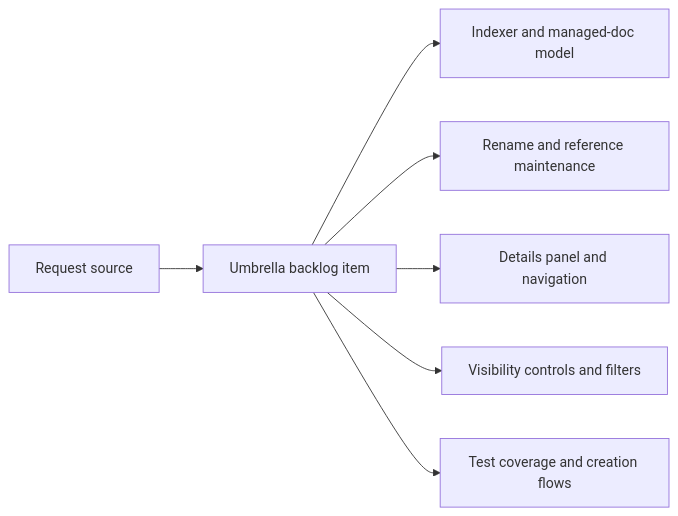
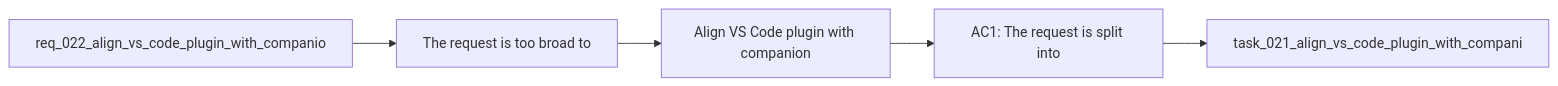
Before and after one commit to AlexAgo83/logics-manager: the diagram in logics/backlog/item_022_align_vs_code_plugin_with_companion_docs_workflow.md, drawn with Mermaid. The commit also changed other lines of this file and 481 other files, not shown here.

````diff
--- a/logics/backlog/item_022_align_vs_code_plugin_with_companion_docs_workflow.md
+++ b/logics/backlog/item_022_align_vs_code_plugin_with_companion_docs_workflow.md
@@ -27,10 +27,9 @@
 ```mermaid
+%% logics-kind: backlog
 %% logics-signature: backlog|align-vs-code-plugin-with-companion-docs|req-022-align-vs-code-plugin-with-compan|the-request-is-too-broad-to|ac1-the-request-is-split-into
 flowchart LR
-    Req[Request source] --> Umbrella[Umbrella backlog item]
-    Umbrella --> Indexer[Indexer and managed-doc model]
-    Umbrella --> Maintenance[Rename and reference maintenance]
-    Umbrella --> Details[Details panel and navigation]
-    Umbrella --> Visibility[Visibility controls and filters]
-    Umbrella --> Create[Test coverage and creation flows]
+    Request[req_022_align_vs_code_plugin_with_companio] --> Problem[The request is too broad to]
+    Problem --> Scope[Align VS Code plugin with companion]
+    Scope --> Acceptance[AC1: The request is split into]
+    Acceptance --> Tasks[task_021_align_vs_code_plugin_with_compani]
 ```
````
